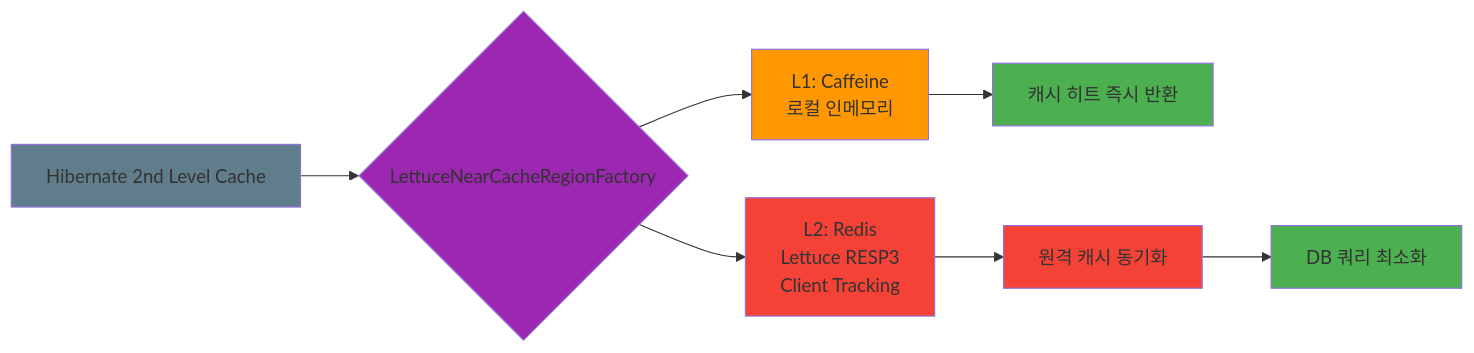
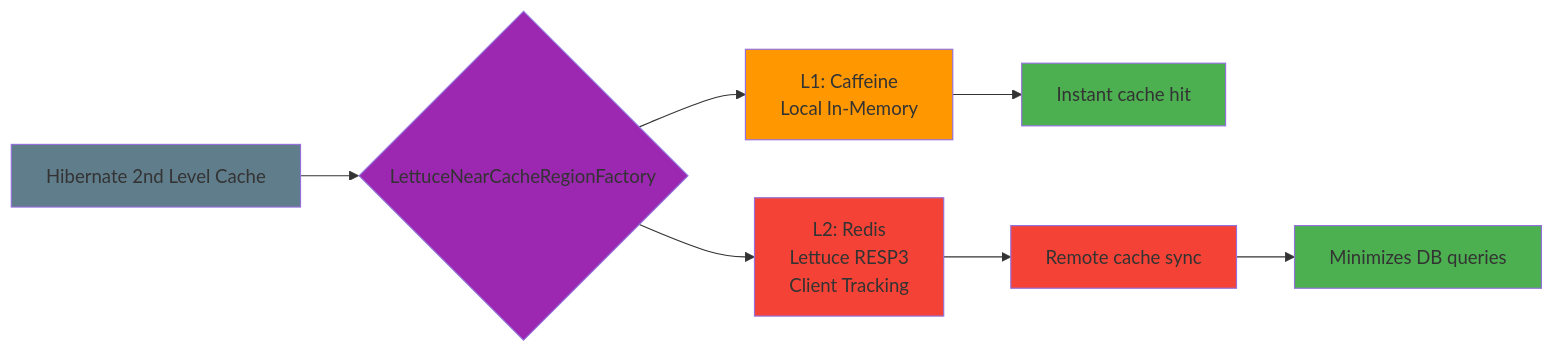
The first of 3 diagrams in data/hibernate-cache-lettuce/README.md (bluetape4k/bluetape4k-projects), drawn with Mermaid before and after one commit. The commit also changed other lines of this file and 265 other files, not shown here.

````diff
--- a/data/hibernate-cache-lettuce/README.md
+++ b/data/hibernate-cache-lettuce/README.md
@@ -13,17 +15,17 @@
 ```mermaid
 flowchart LR
     A[Hibernate 2nd Level Cache] --> B{LettuceNearCacheRegionFactory}
-    B --> C[L1: Caffeine\n로컬 인메모리]
+    B --> C[L1: Caffeine\nLocal In-Memory]
     B --> D[L2: Redis\nLettuce RESP3\nClient Tracking]
-    C --> E[캐시 히트 즉시 반환]
-    D --> F[원격 캐시 동기화]
-    F --> G[DB 쿼리 최소화]
+    C --> E[Instant cache hit]
+    D --> F[Remote cache sync]
+    F --> G[Minimizes DB queries]
 
     style A fill:#607D8B
     style B fill:#9C27B0
     style C fill:#FF9800
     style D fill:#F44336
     style E fill:#4CAF50
     style F fill:#F44336
     style G fill:#4CAF50
 ```
````
